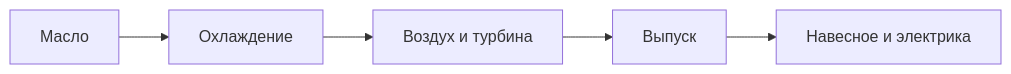
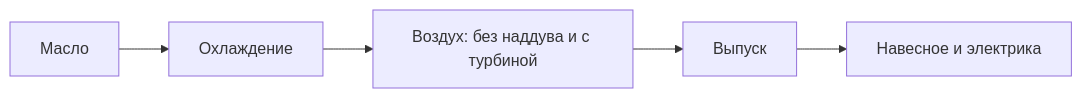
One commit to magomedov-engine/reactable changed the diagram in vault/02_Двигатель/06_Смазка_охлаждение_воздух_выпуск.md. Above: the diagram before and after it, drawn with Mermaid. The commit also changed other lines of this file and 24 other files, not shown here.

````diff
--- a/vault/02_Двигатель/06_Смазка_охлаждение_воздух_выпуск.md
+++ b/vault/02_Двигатель/06_Смазка_охлаждение_воздух_выпуск.md
@@ -12,7 +12,7 @@
 ```mermaid
 flowchart LR
   A[Масло] --> B[Охлаждение]
-  B --> C[Воздух и турбина]
+  B --> C[Воздух: без наддува и с турбиной]
   C --> D[Выпуск]
   D --> E[Навесное и электрика]
 ```
````
